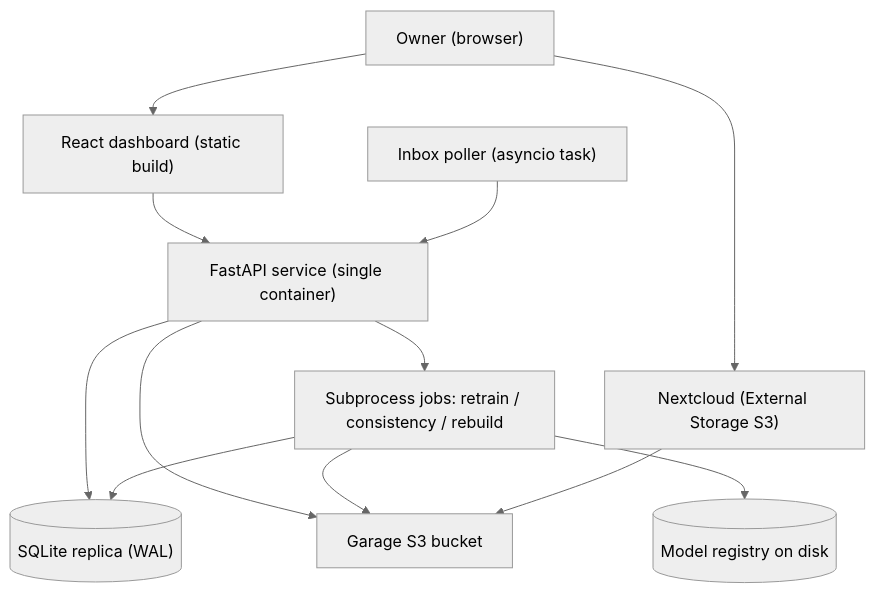
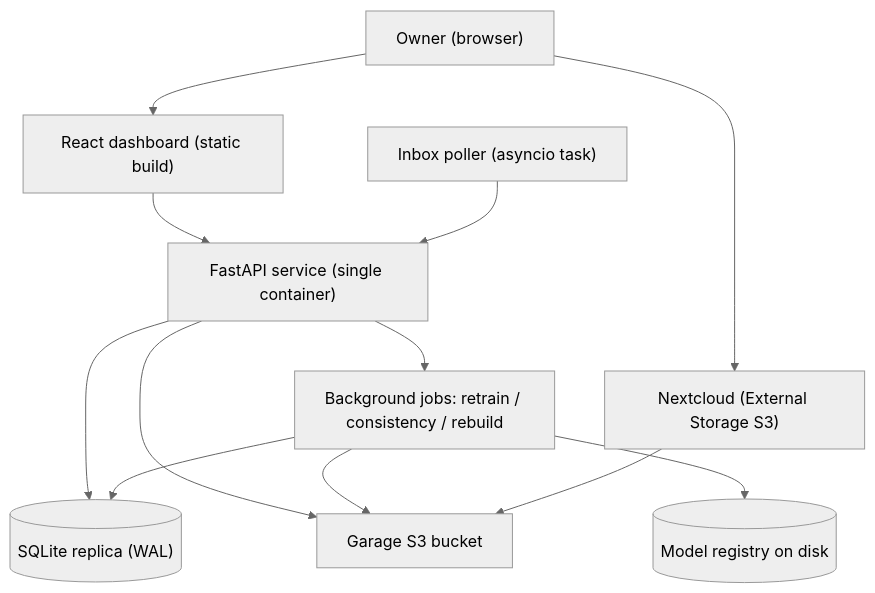
One commit to napnap75/multiarch-docker-images changed the first of 3 diagrams in automatic-pdf-renamer/arch.md. Above: the diagram before and after it, drawn with Mermaid (neutral theme). The commit also changed other lines of this file and 22 other files, not shown here.

````diff
--- a/automatic-pdf-renamer/arch.md
+++ b/automatic-pdf-renamer/arch.md
@@ -13,24 +13,24 @@
 ```mermaid
 flowchart TD
   nc["Nextcloud (External Storage S3)"]
   user["Owner (browser)"]
   dash["React dashboard (static build)"]
   api["FastAPI service (single container)"]
   poll["Inbox poller (asyncio task)"]
   s3["Garage S3 bucket"]
   db[("SQLite replica (WAL)")]
-  worker["Subprocess jobs: retrain / consistency / rebuild"]
+  worker["Background jobs: retrain / consistency / rebuild"]
   model[("Model registry on disk")]
 
   user --> dash
   dash --> api
   api --> db
   api --> s3
   api --> worker
   worker --> db
   worker --> model
   worker --> s3
   poll --> api
   nc --> s3
   user --> nc
 ```
````
